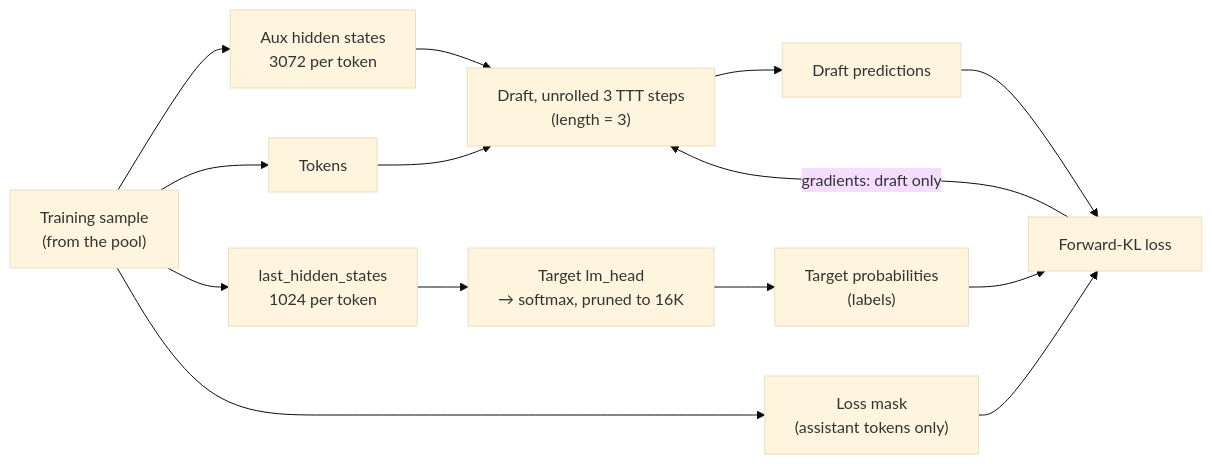
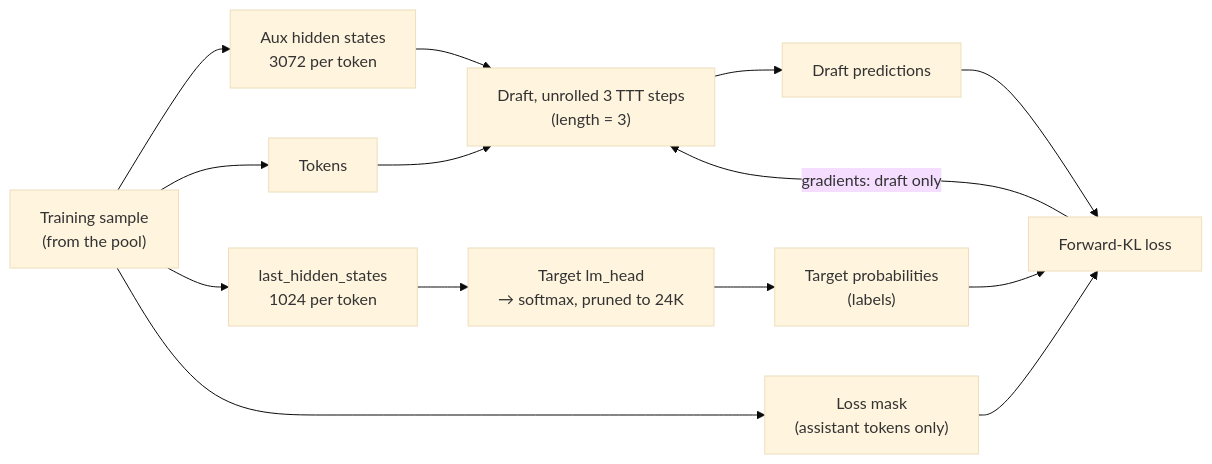
Before and after one commit to Gauravp2104/rl-spec-decoding: the fifth of 6 diagrams in docs/concepts/draft_target_interaction.md, drawn with Mermaid (base theme). The commit also changed other lines of this file and 12 other files, not shown here.

````diff
--- a/docs/concepts/draft_target_interaction.md
+++ b/docs/concepts/draft_target_interaction.md
@@ -118,16 +118,16 @@
 ```mermaid
 flowchart LR
     S["Training sample<br/>(from the pool)"] --> AUX["Aux hidden states<br/>3072 per token"]
     S --> IDS["Tokens"]
     S --> LH["last_hidden_states<br/>1024 per token"]
     S --> M["Loss mask<br/>(assistant tokens only)"]
     AUX --> DR["Draft, unrolled 3 TTT steps<br/>(length = 3)"]
     IDS --> DR
-    LH --> TH["Target lm_head<br/>→ softmax, pruned to 16K"]
+    LH --> TH["Target lm_head<br/>→ softmax, pruned to 24K"]
     DR --> Q["Draft predictions"]
     TH --> PT["Target probabilities<br/>(labels)"]
     Q --> L["Forward-KL loss"]
     PT --> L
     M --> L
     L -- "gradients: draft only" --> DR
 ```
````
